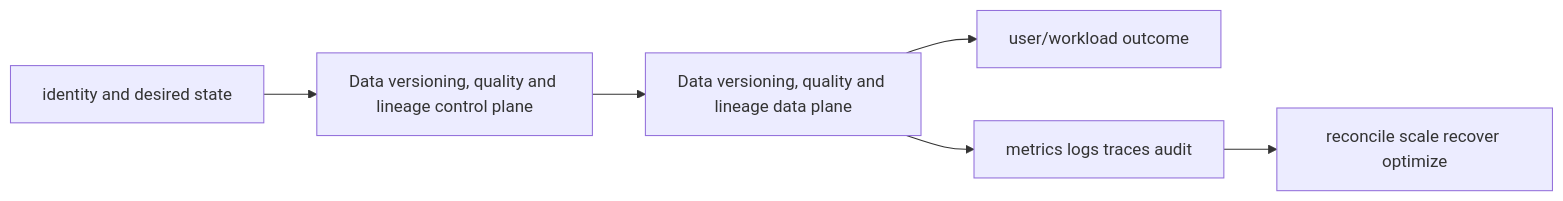
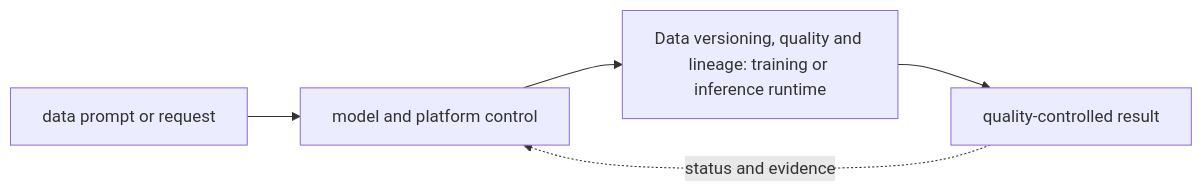
One commit to tomkidumbuyo/DevOps-interview-preparation changed the diagram in 11-ai-platform/08-mlops-and-llmops-lifecycle/03-data-versioning-quality-lineage/README.md. Above: the diagram before and after it, drawn with Mermaid. The commit also changed other lines of this file and 753 other files, not shown here.

````diff
--- a/11-ai-platform/08-mlops-and-llmops-lifecycle/03-data-versioning-quality-lineage/README.md
+++ b/11-ai-platform/08-mlops-and-llmops-lifecycle/03-data-versioning-quality-lineage/README.md
@@ -19,8 +31,7 @@
 ```mermaid
 flowchart LR
-  I[identity and desired state] --> C[Data versioning, quality and lineage control plane]
-  C --> D[Data versioning, quality and lineage data plane]
-  D --> U[user/workload outcome]
-  D --> O[metrics logs traces audit]
-  O --> R[reconcile scale recover optimize]
+  A["data prompt or request"] --> B["model and platform control"]
+  B --> C["Data versioning, quality and lineage: training or inference runtime"]
+  C --> D["quality-controlled result"]
+  D -. "status and evidence" .-> B
 ```
````
